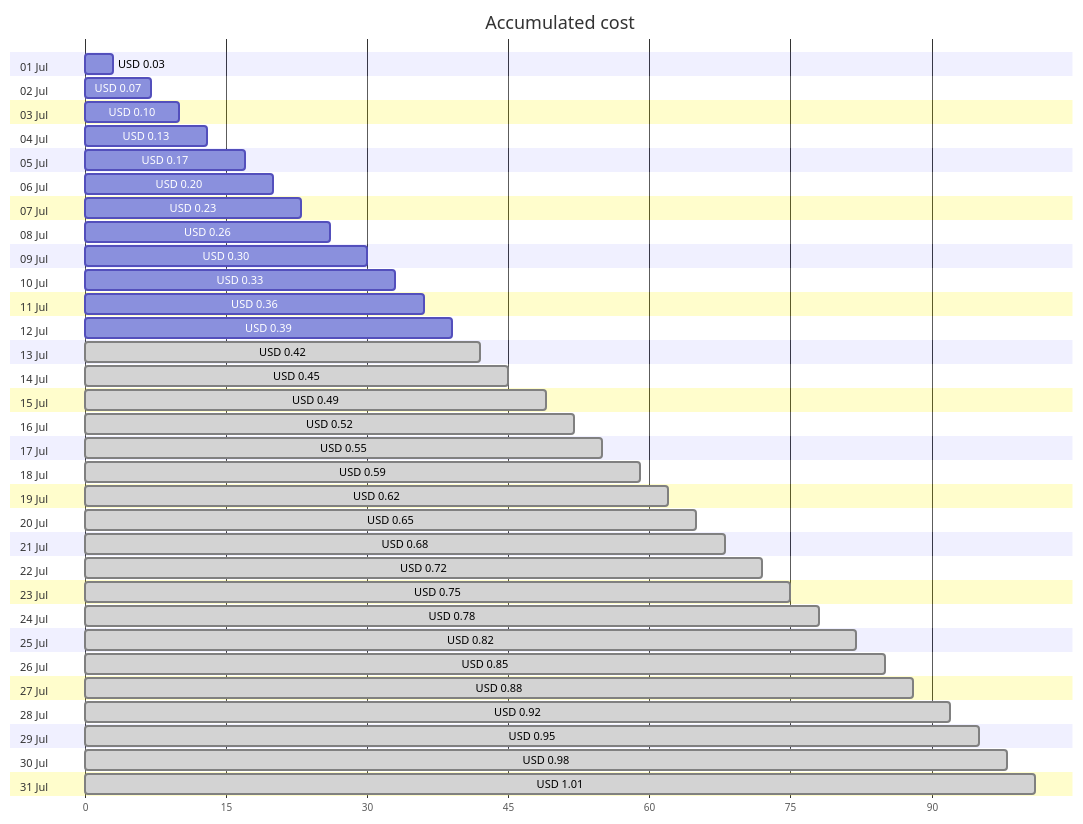
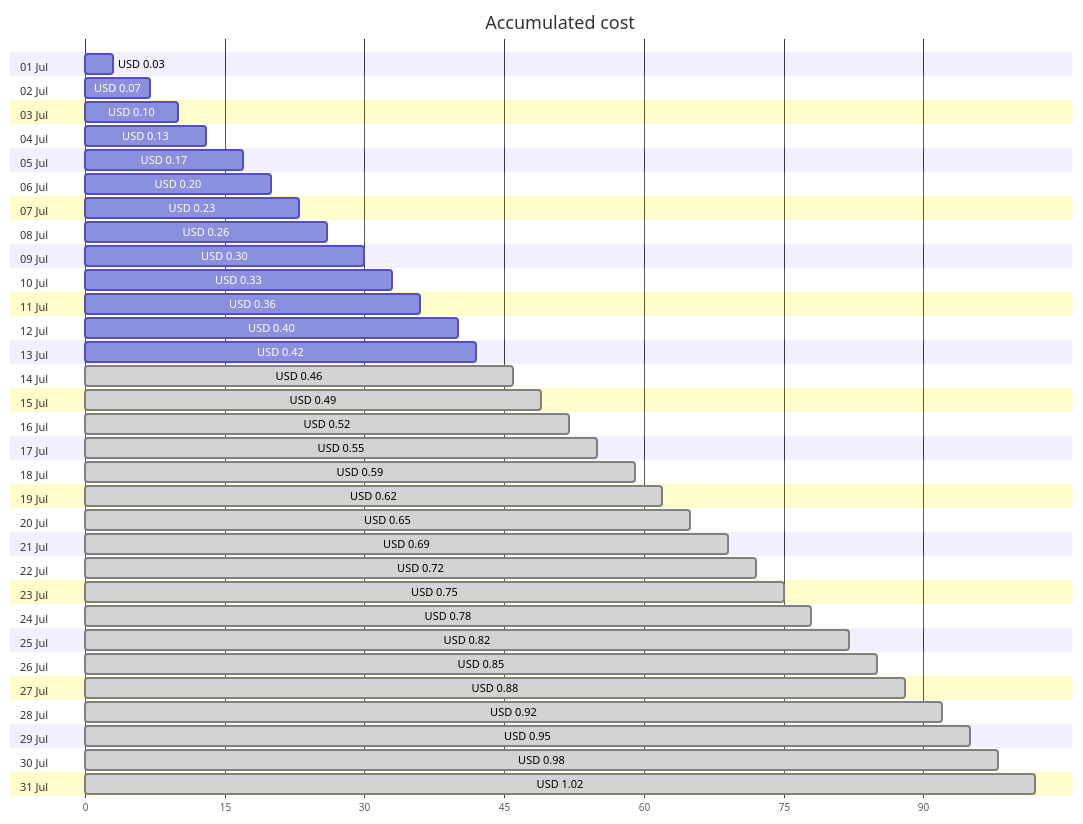
One commit to jpfulton/azure-personal-reports changed the first of 4 diagrams in cost-reports/personal-dns/README.md. Above: the diagram before and after it, drawn with Mermaid. The commit also changed other lines of this file and 2 other files, not shown here.

````diff
--- a/cost-reports/personal-dns/README.md
+++ b/cost-reports/personal-dns/README.md
@@ -20,68 +20,68 @@
 ```mermaid
 gantt
    title Accumulated cost
    dateFormat  X
    axisFormat %s
    section 01 Jul
    USD 0.03 :0, 3
    section 02 Jul
    USD 0.07 :0, 7
    section 03 Jul
    USD 0.10 :0, 10
    section 04 Jul
    USD 0.13 :0, 13
    section 05 Jul
    USD 0.17 :0, 17
    section 06 Jul
    USD 0.20 :0, 20
    section 07 Jul
    USD 0.23 :0, 23
    section 08 Jul
    USD 0.26 :0, 26
    section 09 Jul
    USD 0.30 :0, 30
    section 10 Jul
    USD 0.33 :0, 33
    section 11 Jul
    USD 0.36 :0, 36
    section 12 Jul
-   USD 0.39 :0, 39
+   USD 0.40 :0, 40
    section 13 Jul
-   USD 0.42 : done, 0, 42
+   USD 0.42 :0, 42
    section 14 Jul
-   USD 0.45 : done, 0, 45
+   USD 0.46 : done, 0, 46
    section 15 Jul
    USD 0.49 : done, 0, 49
    section 16 Jul
    USD 0.52 : done, 0, 52
    section 17 Jul
    USD 0.55 : done, 0, 55
    section 18 Jul
    USD 0.59 : done, 0, 59
    section 19 Jul
    USD 0.62 : done, 0, 62
    section 20 Jul
    USD 0.65 : done, 0, 65
    section 21 Jul
-   USD 0.68 : done, 0, 68
+   USD 0.69 : done, 0, 69
    section 22 Jul
    USD 0.72 : done, 0, 72
    section 23 Jul
    USD 0.75 : done, 0, 75
    section 24 Jul
    USD 0.78 : done, 0, 78
    section 25 Jul
    USD 0.82 : done, 0, 82
    section 26 Jul
    USD 0.85 : done, 0, 85
    section 27 Jul
    USD 0.88 : done, 0, 88
    section 28 Jul
    USD 0.92 : done, 0, 92
    section 29 Jul
    USD 0.95 : done, 0, 95
    section 30 Jul
    USD 0.98 : done, 0, 98
    section 31 Jul
-   USD 1.01 : done, 0, 101
+   USD 1.02 : done, 0, 102
 ```
````
